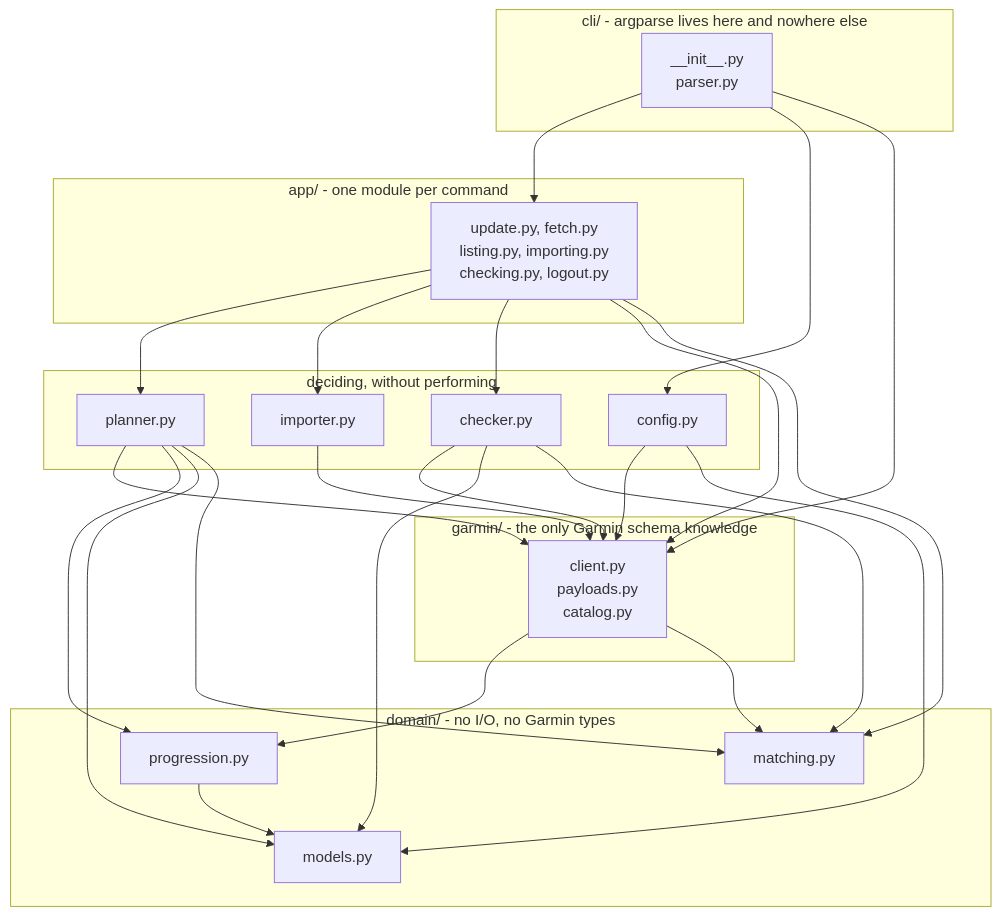
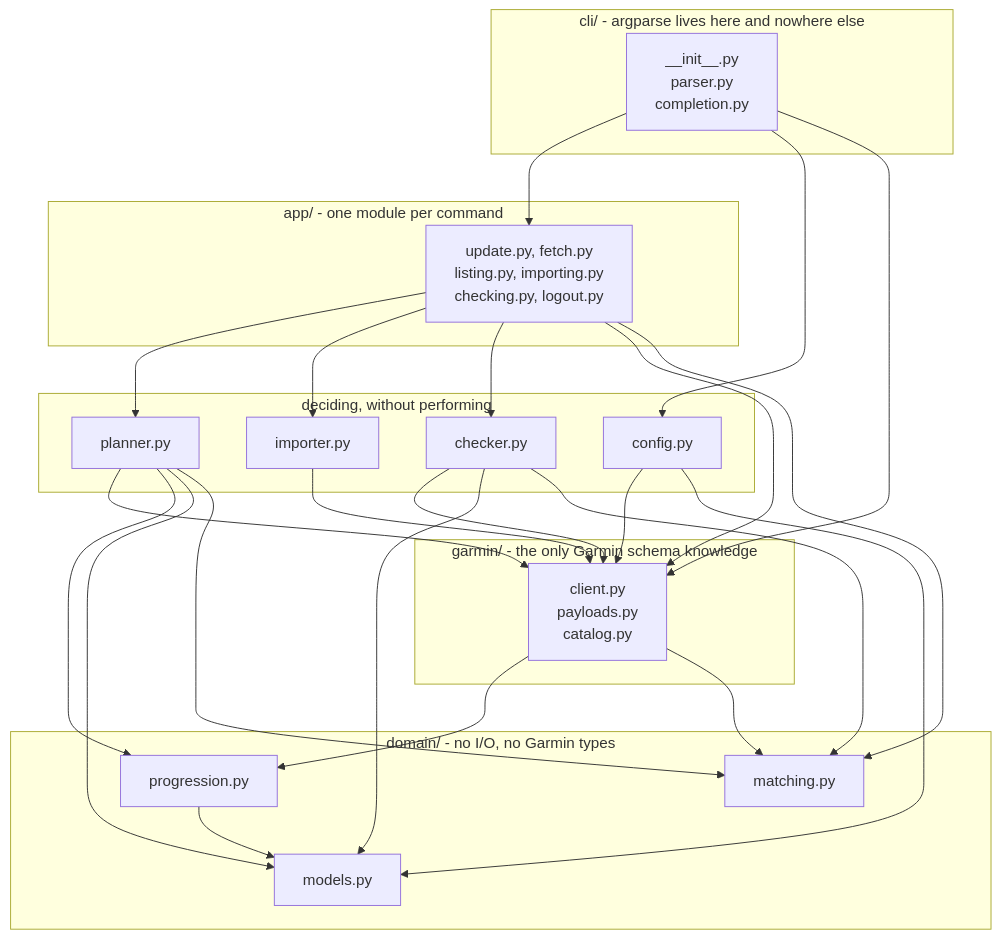
One commit to theadzik/repwise changed the first of 2 diagrams in docs/architecture.md. Above: the diagram before and after it, drawn with Mermaid. The commit also changed other lines of this file and 8 other files, not shown here.

````diff
--- a/docs/architecture.md
+++ b/docs/architecture.md
@@ -75,38 +77,38 @@
 ```mermaid
 flowchart TD
     subgraph presentation["cli/ - argparse lives here and nowhere else"]
-        cli["__init__.py<br/>parser.py"]
+        cli["__init__.py<br/>parser.py<br/>completion.py"]
     end
 
     subgraph application["app/ - one module per command"]
         commands["update.py, fetch.py<br/>listing.py, importing.py<br/>checking.py, logout.py"]
     end
 
     subgraph services["deciding, without performing"]
         planner["planner.py"]
         importer["importer.py"]
         checker["checker.py"]
         config["config.py"]
     end
 
     subgraph adapter["garmin/ - the only Garmin schema knowledge"]
         garmin["client.py<br/>payloads.py<br/>catalog.py"]
     end
 
     subgraph domain["domain/ - no I/O, no Garmin types"]
         progression["progression.py"]
         models["models.py"]
         matching["matching.py"]
     end
 
     cli --> commands
     cli --> config & garmin
     config --> garmin
     commands --> planner & importer & checker
     commands --> garmin & matching
     planner & importer & checker --> garmin
     planner & garmin --> progression
     planner & checker & config --> models
     planner & checker & garmin --> matching
     progression --> models
 ```
````
